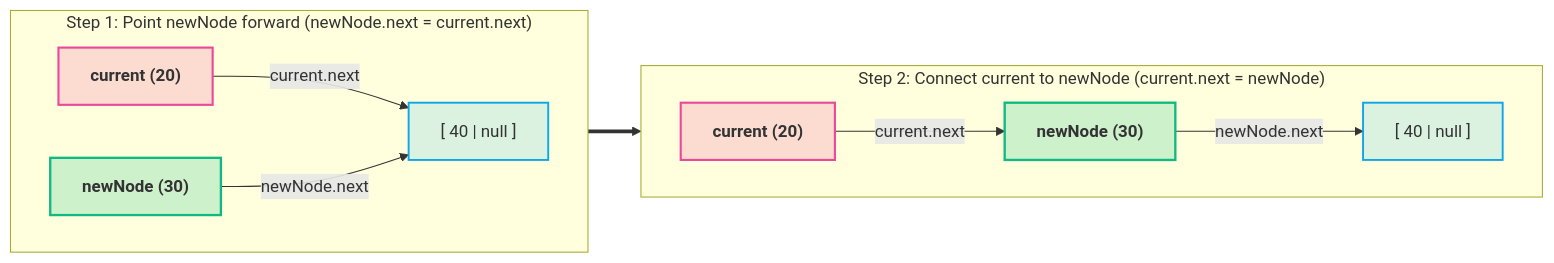
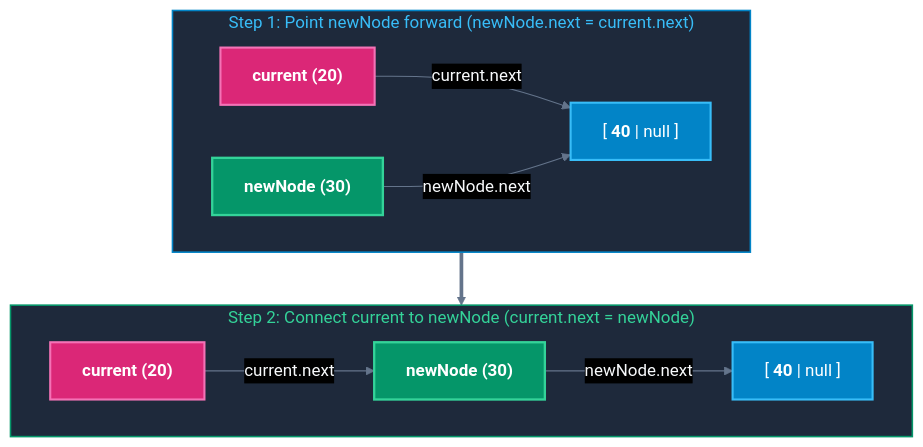
Before and after one commit to abhinavbharti2345/CS_Notes: the ninth of 11 diagrams in CS/DSA/03. Linked Lists/01. Linked List Fundamentals.md, drawn with Mermaid. The commit also changed other lines of this file and 195 other files, not shown here.

````diff
--- a/CS/DSA/03. Linked Lists/01. Linked List Fundamentals.md
+++ b/CS/DSA/03. Linked Lists/01. Linked List Fundamentals.md
@@ -311,23 +335,27 @@
 ```mermaid
-flowchart LR
+%%{init: {'theme': 'base', 'themeVariables': { 'darkMode': true, 'background': '#0B0F14', 'mainBkg': '#111827', 'primaryColor': '#111827', 'primaryTextColor': '#F8FAFC', 'primaryBorderColor': '#38BDF8', 'lineColor': '#64748B', 'secondaryColor': '#0B0F14', 'tertiaryColor': '#0B0F14', 'clusterBkg': '#0B0F14', 'clusterBorder': '#38BDF8' }}}%%
+flowchart TD
     subgraph InsStep1 ["Step 1: Point newNode forward (newNode.next = current.next)"]
         direction LR
-        C1["<b>current (20)</b>"] -->|current.next| N40_1["[ 40 | null ]"]
+        C1["<b>current (20)</b>"] -->|current.next| N40_1["[ <b>40</b> | null ]"]
         NEW1["<b>newNode (30)</b>"] -->|newNode.next| N40_1
     end
 
     subgraph InsStep2 ["Step 2: Connect current to newNode (current.next = newNode)"]
         direction LR
         C2["<b>current (20)</b>"] -->|current.next| NEW2["<b>newNode (30)</b>"]
-        NEW2 -->|newNode.next| N40_2["[ 40 | null ]"]
+        NEW2 -->|newNode.next| N40_2["[ <b>40</b> | null ]"]
     end
 
     InsStep1 ==> InsStep2
 
-    classDef cur fill:#ec489930,stroke:#ec4899,stroke-width:2px;
-    classDef node fill:#0ea5e925,stroke:#0ea5e9,stroke-width:1.8px;
-    classDef newN fill:#10b98135,stroke:#10b981,stroke-width:2.2px;
+    style InsStep1 fill:#1e293b,stroke:#0284c7,stroke-width:1.5px,color:#38bdf8
+    style InsStep2 fill:#1e293b,stroke:#059669,stroke-width:1.5px,color:#34d399
+
+    classDef cur fill:#db2777,stroke:#f472b6,stroke-width:2px,color:#ffffff;
+    classDef node fill:#0284c7,stroke:#38bdf8,stroke-width:2px,color:#ffffff;
+    classDef newN fill:#059669,stroke:#34d399,stroke-width:2.2px,color:#ffffff;
     class C1,C2 cur;
     class N40_1,N40_2 node;
     class NEW1,NEW2 newN;
 ```
````
